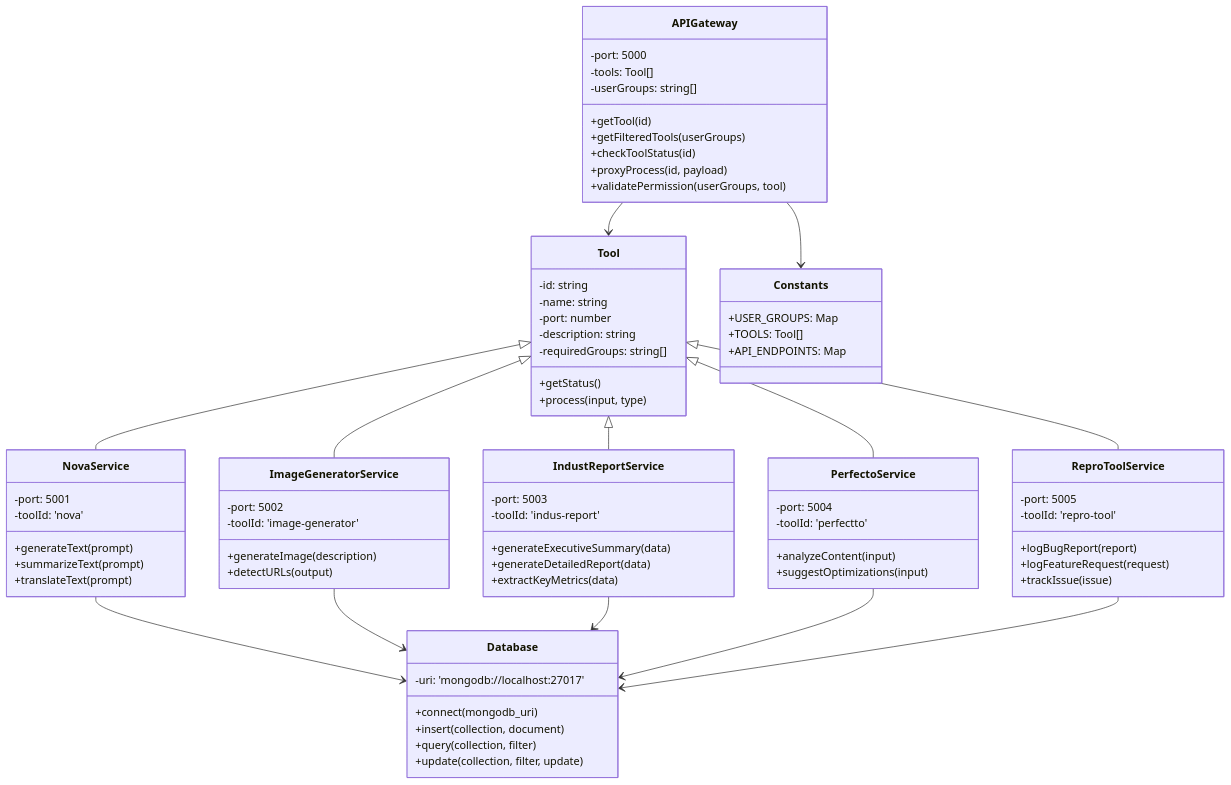
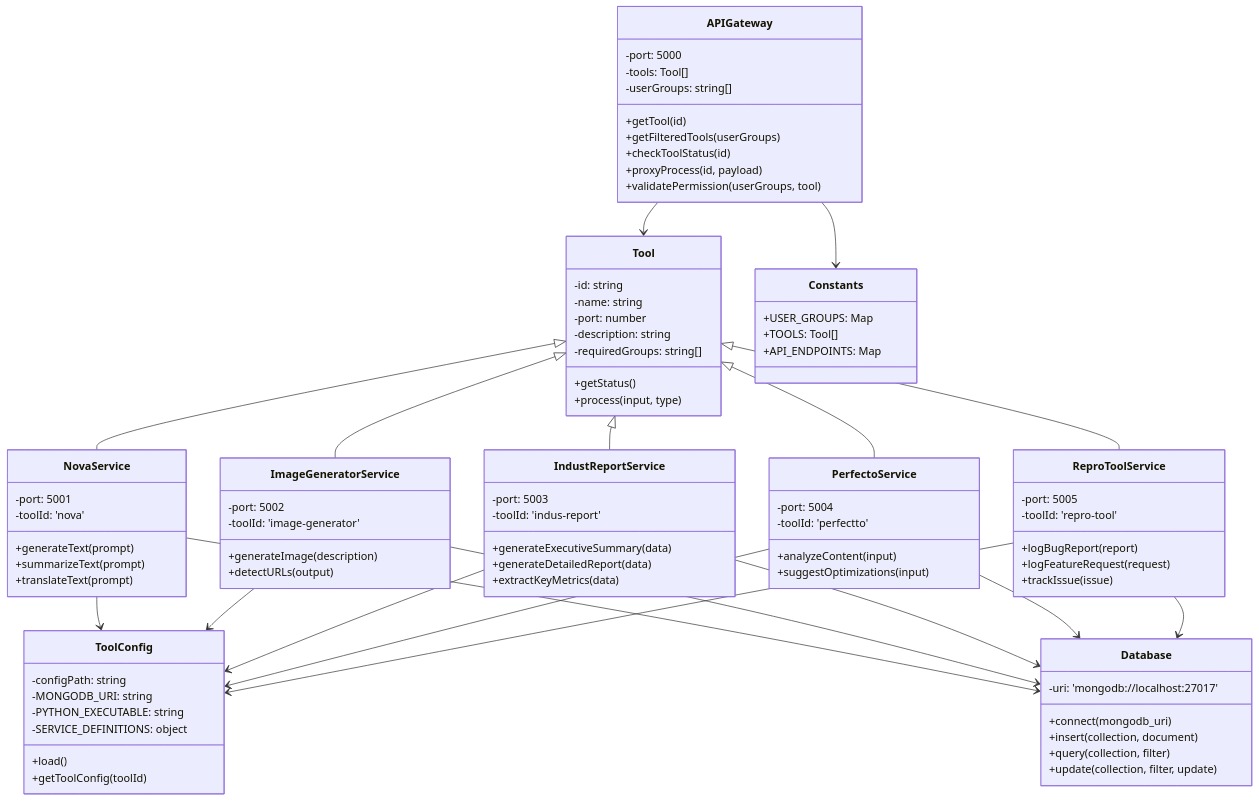
The second of 5 diagrams in docs/diagrams/class_diagram.md (kapiljain257-design/AI_Tools), drawn with Mermaid before and after one commit. The commit also changed 10 other files, not shown here.

```diff
--- a/docs/diagrams/class_diagram.md
+++ b/docs/diagrams/class_diagram.md
@@ -187,10 +187,24 @@
         +API_ENDPOINTS: Map
     }
 
+    class ToolConfig {
+        -configPath: string
+        -MONGODB_URI: string
+        -PYTHON_EXECUTABLE: string
+        -SERVICE_DEFINITIONS: object
+        +load()
+        +getToolConfig(toolId)
+    }
+
     APIGateway --> Constants
     APIGateway --> Tool
-    
+
     Tool <|-- NovaService
+    NovaService --> ToolConfig
+    ImageGeneratorService --> ToolConfig
+    IndustReportService --> ToolConfig
+    PerfectoService --> ToolConfig
+    ReproToolService --> ToolConfig
     Tool <|-- ImageGeneratorService
     Tool <|-- IndustReportService
     Tool <|-- PerfectoService
```
